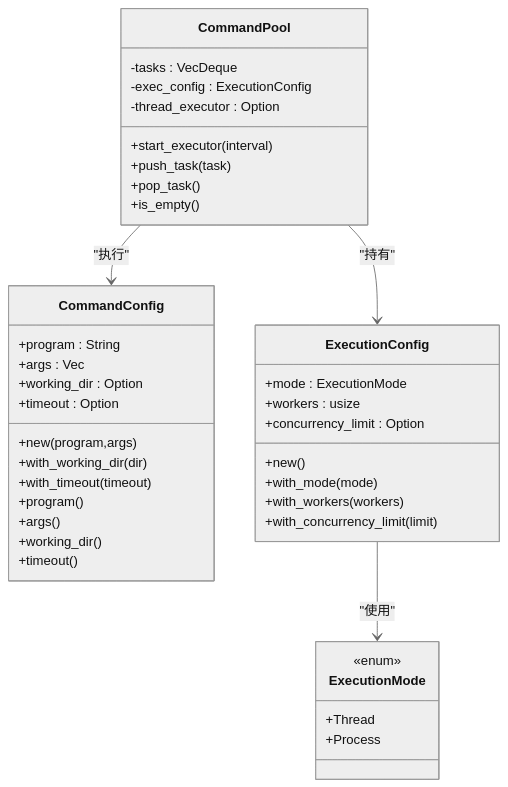
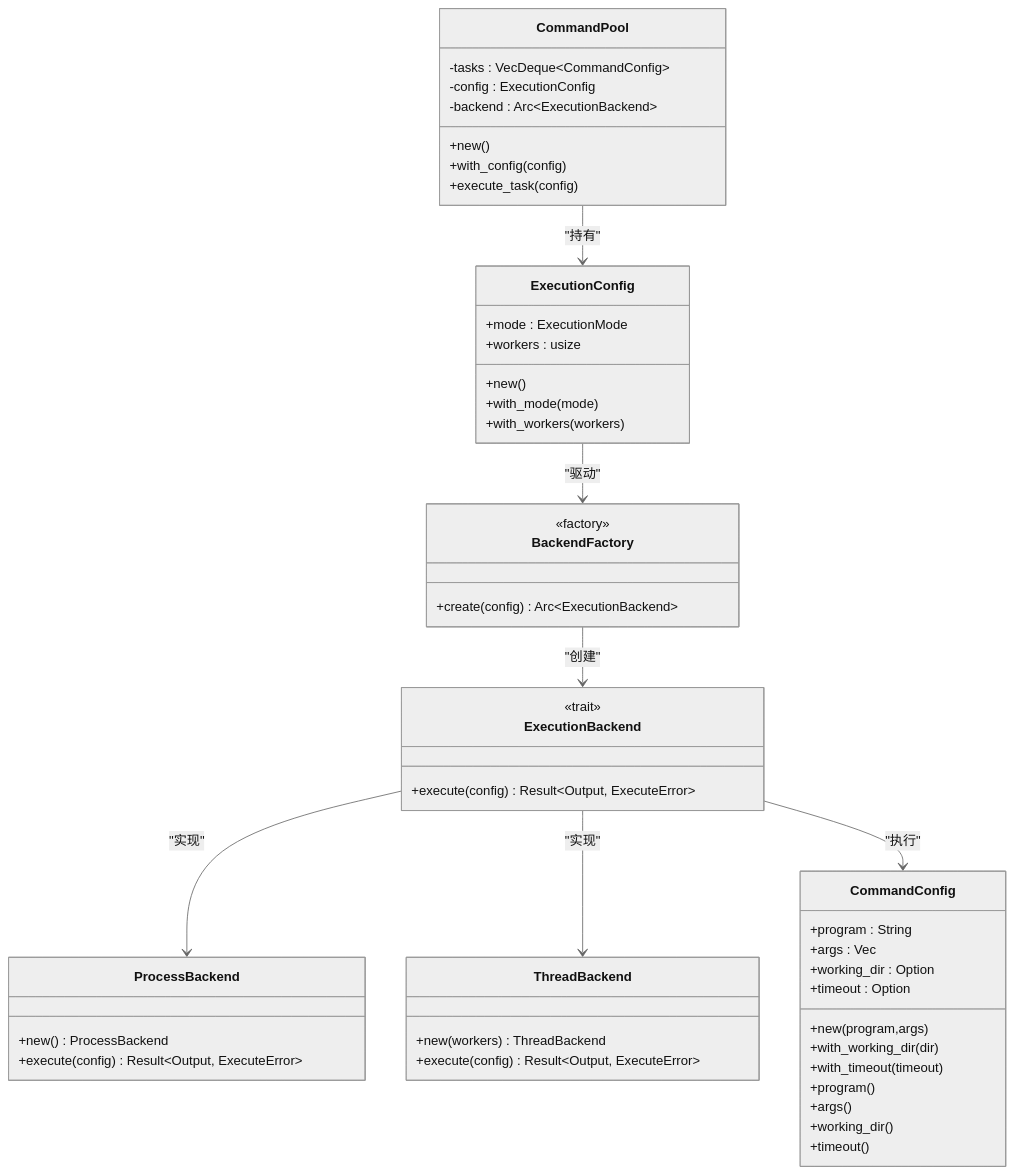
Before and after one commit to xcry2006/execute: the second of 5 diagrams in .qoder/repowiki/zh/content/核心 API 参考/配置 API.md, drawn with Mermaid (neutral theme). The commit also changed other lines of this file and 9 other files, not shown here.

````diff
--- a/.qoder/repowiki/zh/content/核心 API 参考/配置 API.md
+++ b/.qoder/repowiki/zh/content/核心 API 参考/配置 API.md
@@ -122,42 +144,53 @@
 ```mermaid
 classDiagram
 class CommandConfig {
 +program : String
 +args : Vec<String>
 +working_dir : Option<String>
 +timeout : Option<Duration>
 +new(program,args)
 +with_working_dir(dir)
 +with_timeout(timeout)
 +program()
 +args()
 +working_dir()
 +timeout()
 }
 class ExecutionConfig {
 +mode : ExecutionMode
 +workers : usize
-+concurrency_limit : Option<usize>
 +new()
 +with_mode(mode)
 +with_workers(workers)
-+with_concurrency_limit(limit)
 }
-class ExecutionMode {
-<<enum>>
-+Thread
-+Process
+class ExecutionBackend {
+<<trait>>
++execute(config) Result~Output, ExecuteError~
+}
+class ProcessBackend {
++new() ProcessBackend
++execute(config) Result~Output, ExecuteError~
+}
+class ThreadBackend {
++new(workers) ThreadBackend
++execute(config) Result~Output, ExecuteError~
+}
+class BackendFactory {
+<<factory>>
++create(config) Arc~ExecutionBackend~
 }
 class CommandPool {
--tasks : VecDeque<CommandConfig>
--exec_config : ExecutionConfig
--thread_executor : Option<ThreadModeExecutor>
-+start_executor(interval)
-+push_task(task)
-+pop_task()
-+is_empty()
+-tasks : VecDeque~CommandConfig~
+-config : ExecutionConfig
+-backend : Arc~ExecutionBackend~
++new()
++with_config(config)
++execute_task(config)
 }
 CommandPool --> ExecutionConfig : "持有"
-ExecutionConfig --> ExecutionMode : "使用"
-CommandPool --> CommandConfig : "执行"
+ExecutionConfig --> BackendFactory : "驱动"
+BackendFactory --> ExecutionBackend : "创建"
+ExecutionBackend --> ProcessBackend : "实现"
+ExecutionBackend --> ThreadBackend : "实现"
+ExecutionBackend --> CommandConfig : "执行"
 ```
````
